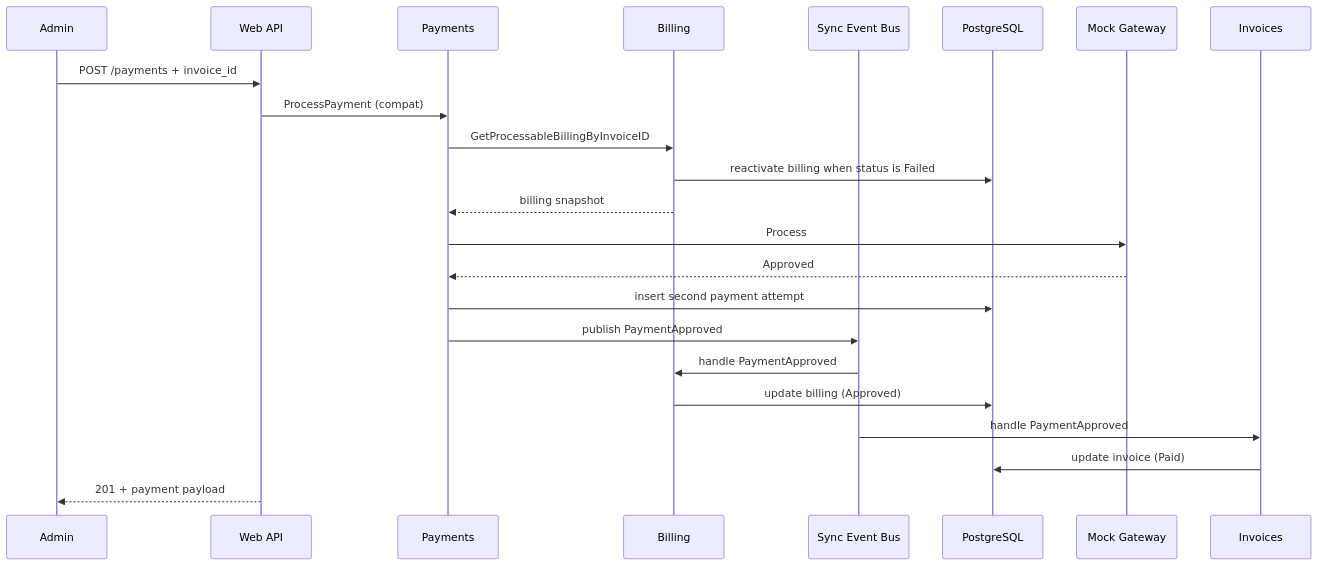
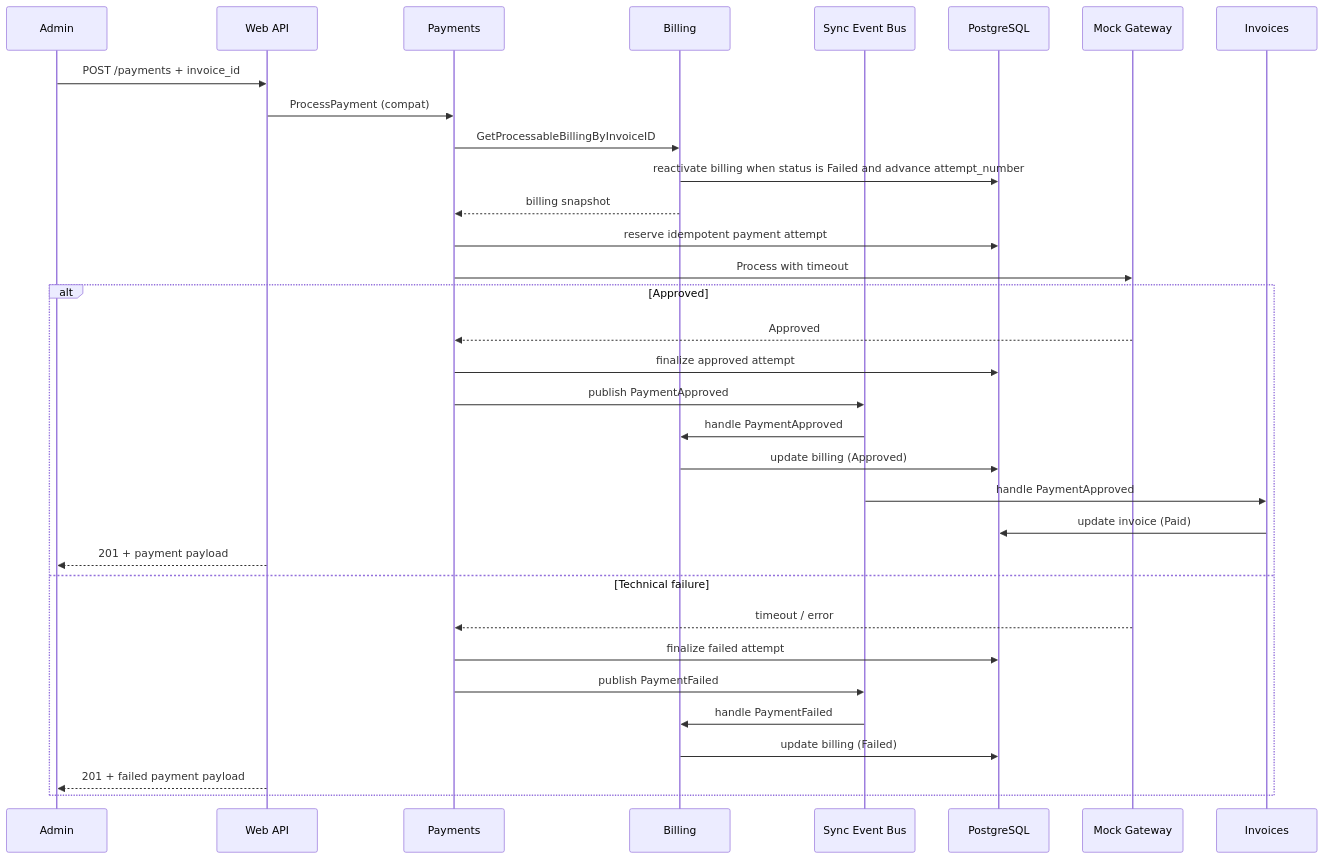
One commit to rgomids/atlas-erp-core changed the fifth of 6 diagrams in docs/diagrams/architecture.md. Above: the diagram before and after it, drawn with Mermaid. The commit also changed other lines of this file and 46 other files, not shown here.

First line of the commit message:
Add phase 4 resilience flow with billing retries, payment idempotency, and outbox support (#5)

````diff
--- a/docs/diagrams/architecture.md
+++ b/docs/diagrams/architecture.md
@@ -117,26 +120,36 @@
 ```mermaid
 sequenceDiagram
     participant Admin
     participant API as Web API
     participant Payments
     participant Billing
     participant Bus as Sync Event Bus
     participant DB as PostgreSQL
     participant Gateway as Mock Gateway
     participant Invoices
 
     Admin->>API: POST /payments + invoice_id
     API->>Payments: ProcessPayment (compat)
     Payments->>Billing: GetProcessableBillingByInvoiceID
-    Billing->>DB: reactivate billing when status is Failed
+    Billing->>DB: reactivate billing when status is Failed and advance attempt_number
     Billing-->>Payments: billing snapshot
-    Payments->>Gateway: Process
-    Gateway-->>Payments: Approved
-    Payments->>DB: insert second payment attempt
-    Payments->>Bus: publish PaymentApproved
-    Bus->>Billing: handle PaymentApproved
-    Billing->>DB: update billing (Approved)
-    Bus->>Invoices: handle PaymentApproved
-    Invoices->>DB: update invoice (Paid)
-    API-->>Admin: 201 + payment payload
+    Payments->>DB: reserve idempotent payment attempt
+    Payments->>Gateway: Process with timeout
+    alt Approved
+        Gateway-->>Payments: Approved
+        Payments->>DB: finalize approved attempt
+        Payments->>Bus: publish PaymentApproved
+        Bus->>Billing: handle PaymentApproved
+        Billing->>DB: update billing (Approved)
+        Bus->>Invoices: handle PaymentApproved
+        Invoices->>DB: update invoice (Paid)
+        API-->>Admin: 201 + payment payload
+    else Technical failure
+        Gateway-->>Payments: timeout / error
+        Payments->>DB: finalize failed attempt
+        Payments->>Bus: publish PaymentFailed
+        Bus->>Billing: handle PaymentFailed
+        Billing->>DB: update billing (Failed)
+        API-->>Admin: 201 + failed payment payload
+    end
 ```
````
